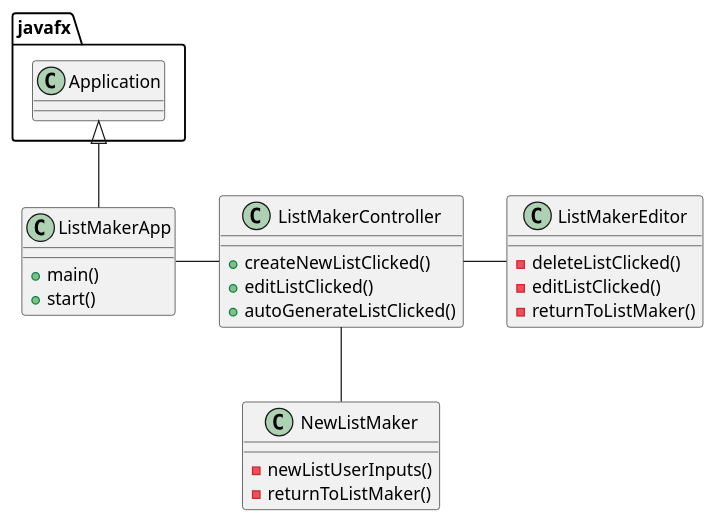
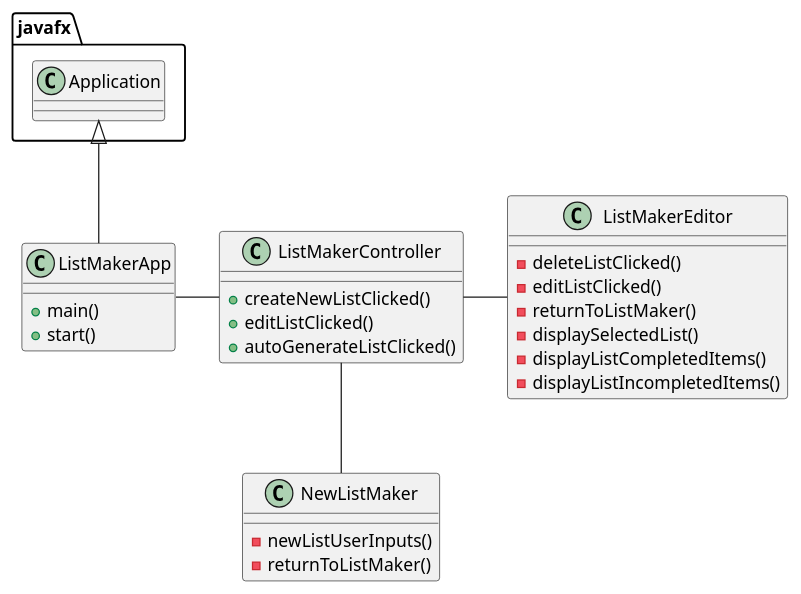
The diagram in uml/ListMaker.puml (Ivedent-Lloyd-III/lloyd-cop3330-assignment4), drawn with PlantUML before and after one commit. The commit also changed 1 other file, not shown here.

```diff
--- a/uml/ListMaker.puml
+++ b/uml/ListMaker.puml
@@ -1,31 +1,34 @@
 @startuml
 'https://plantuml.com/class-diagram
 
 class ListMakerApp {
     +main()
     +start()
 }
 
 class ListMakerController {
     +createNewListClicked()
     +editListClicked()
     +autoGenerateListClicked()
 }
 
 class NewListMaker {
     -newListUserInputs()
     -returnToListMaker()
 }
 
 class ListMakerEditor {
     -deleteListClicked()
     -editListClicked()
     -returnToListMaker()
+    -displaySelectedList()
+    -displayListCompletedItems()
+    -displayListIncompletedItems()
 }
 
 ListMakerController - ListMakerEditor
 ListMakerController -- NewListMaker
 ListMakerApp - ListMakerController
 javafx.Application <|-- ListMakerApp
 
 @enduml
```
